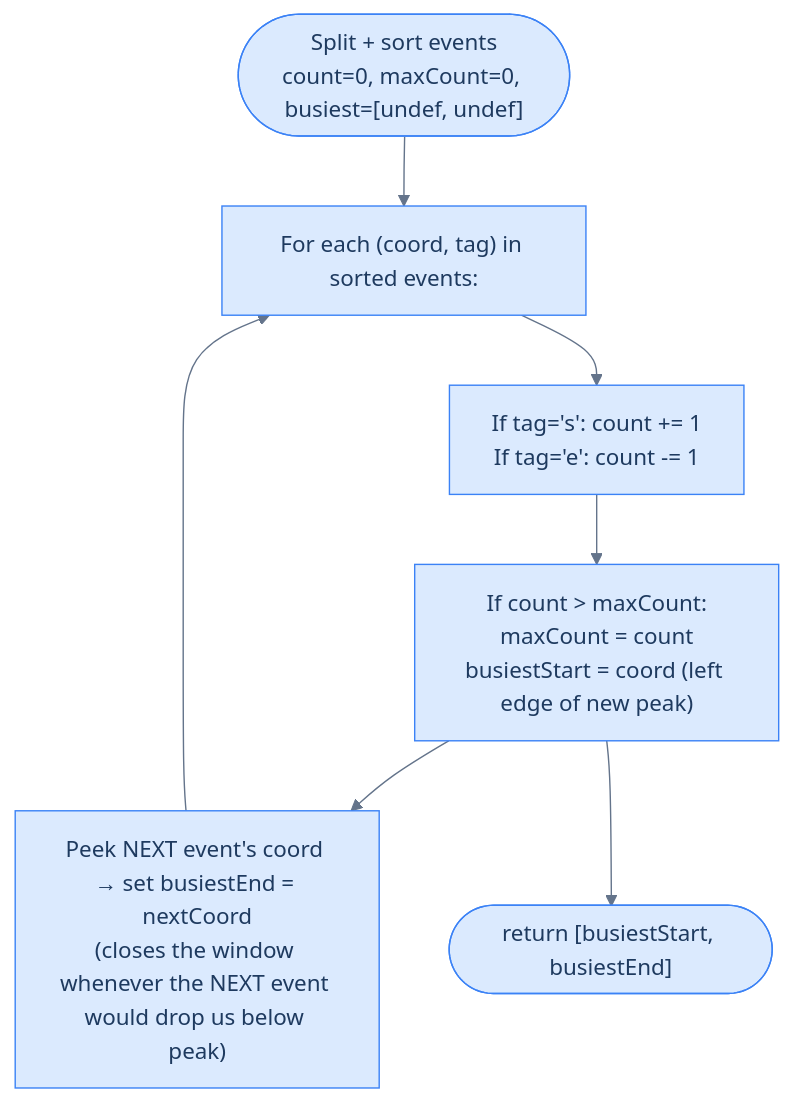
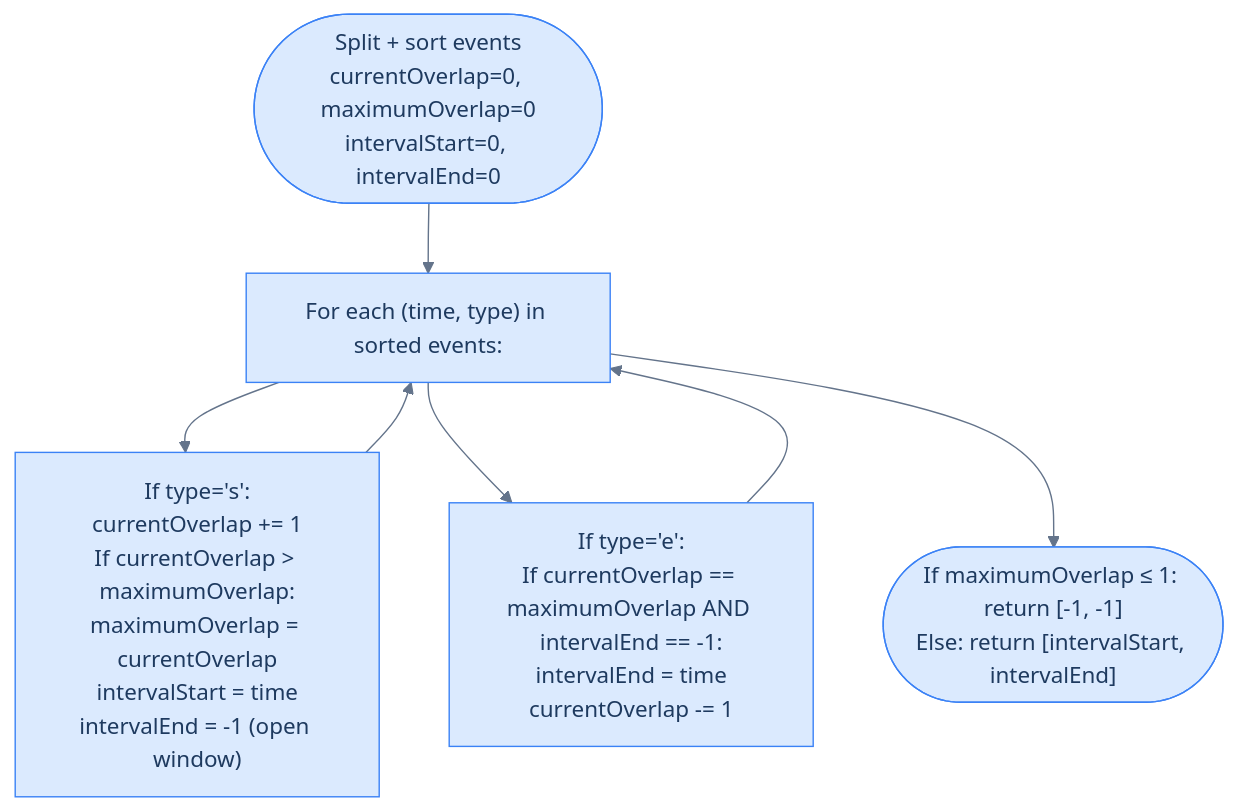
Diagram 18 of 20 in content/cortex/data-structures-and-algorithms/02-linear-structures/01-arrays/10-pattern-maximum-overlap.md (ani2fun/codefolio), drawn with Mermaid before and after one commit. The commit also changed other lines of this file, not shown here.

First line of the commit message:
dsa: align chapter 10 (Min Meeting Rooms / Remove Intervals / Busiest Interval / Peak Resource Requirement) wholesale to source

````diff
--- a/content/cortex/data-structures-and-algorithms/02-linear-structures/01-arrays/10-pattern-maximum-overlap.md
+++ b/content/cortex/data-structures-and-algorithms/02-linear-structures/01-arrays/10-pattern-maximum-overlap.md
@@ -1828,22 +2054,25 @@
 ```mermaid
 ---
 config:
   theme: base
   themeVariables:
     primaryColor: "#dbeafe"
     primaryBorderColor: "#3b82f6"
     primaryTextColor: "#1e3a5f"
     lineColor: "#64748b"
     secondaryColor: "#ede9fe"
     tertiaryColor: "#fef9c3"
 ---
 flowchart TB
-    Init(["Split + sort events<br/>count=0, maxCount=0, busiest=[undef, undef]"])
-    For["For each (coord, tag) in sorted events:"]
-    Upd["If tag='s': count += 1<br/>If tag='e': count -= 1"]
-    Check["If count > maxCount:<br/>maxCount = count<br/>busiestStart = coord (left edge of new peak)"]
-    Close["Peek NEXT event's coord → set busiestEnd = nextCoord<br/>(closes the window whenever the NEXT event would drop us below peak)"]
-    Done(["return [busiestStart, busiestEnd]"])
-    Init --> For --> Upd --> Check --> Close --> For
-    Check --> Done
+    Init(["Split + sort events<br/>currentOverlap=0, maximumOverlap=0<br/>intervalStart=0, intervalEnd=0"])
+    For["For each (time, type) in sorted events:"]
+    Start["If type='s':<br/>currentOverlap += 1<br/>If currentOverlap > maximumOverlap:<br/>maximumOverlap = currentOverlap<br/>intervalStart = time<br/>intervalEnd = -1 (open window)"]
+    End["If type='e':<br/>If currentOverlap == maximumOverlap AND intervalEnd == -1:<br/>intervalEnd = time<br/>currentOverlap -= 1"]
+    Final(["If maximumOverlap ≤ 1: return [-1, -1]<br/>Else: return [intervalStart, intervalEnd]"])
+    Init --> For
+    For --> Start
+    For --> End
+    Start --> For
+    End --> For
+    For --> Final
 ```
````
